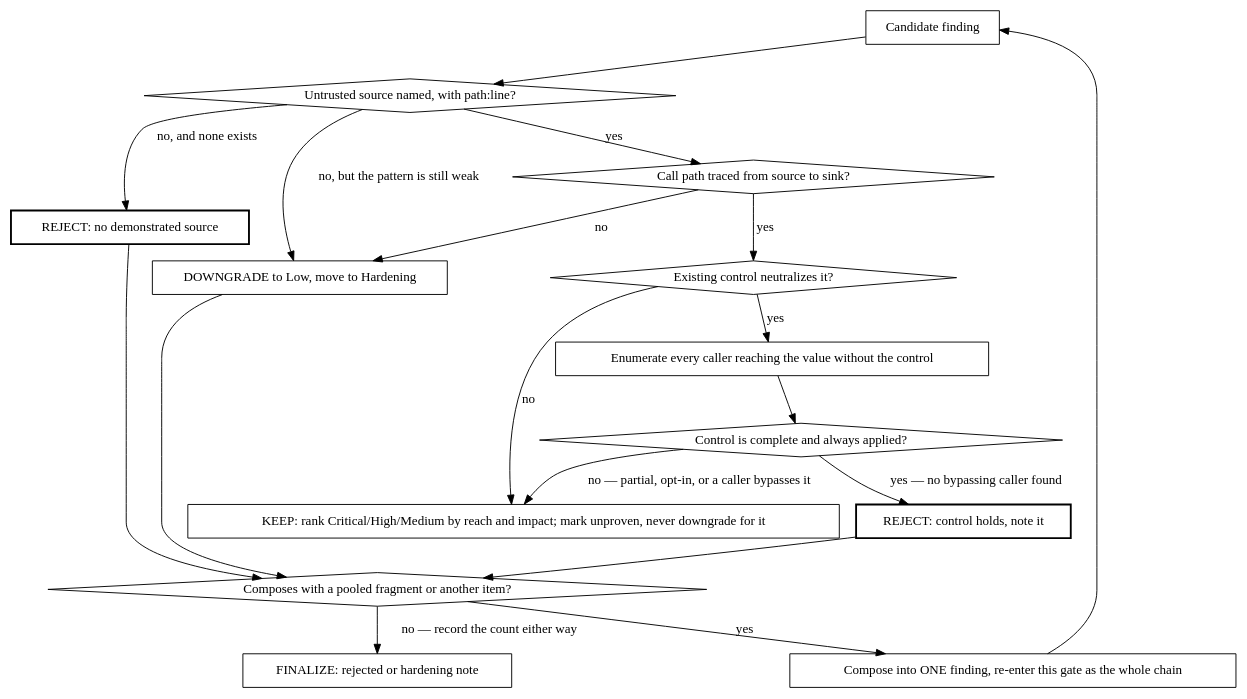
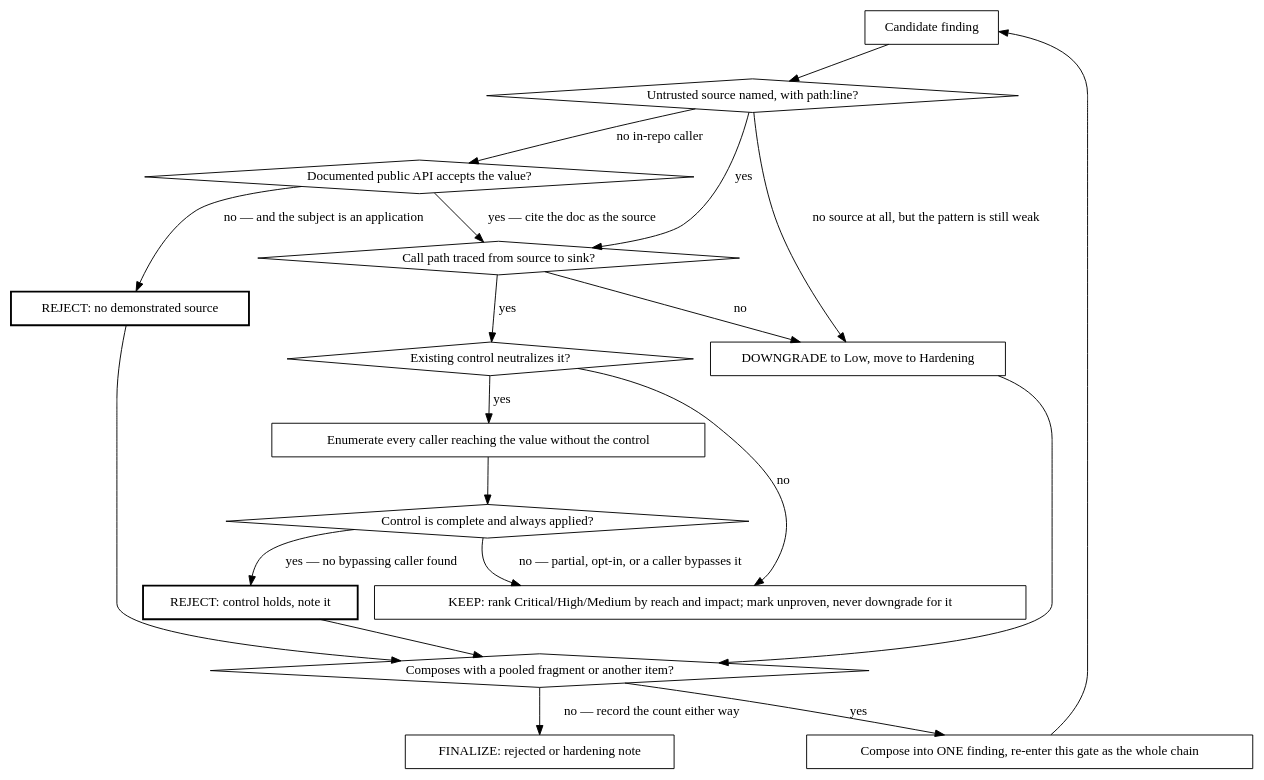
The third of 3 diagrams in kiro_and_antigravity/skills/.kiro/skills/agentic-owasp/SKILL.md (Ovid/paad), drawn with Graphviz before and after one commit. The commit also changed other lines of this file and 4 other files, not shown here.

````diff
--- a/kiro_and_antigravity/skills/.kiro/skills/agentic-owasp/SKILL.md
+++ b/kiro_and_antigravity/skills/.kiro/skills/agentic-owasp/SKILL.md
@@ -136,35 +159,38 @@
 ```dot
 digraph exploitability {
   "Candidate finding" [shape=box];
   "Untrusted source named, with path:line?" [shape=diamond];
   "Call path traced from source to sink?" [shape=diamond];
   "Existing control neutralizes it?" [shape=diamond];
   "Control is complete and always applied?" [shape=diamond];
+  "Documented public API accepts the value?" [shape=diamond];
   "REJECT: no demonstrated source" [shape=box, style=bold];
   "DOWNGRADE to Low, move to Hardening" [shape=box];
   "REJECT: control holds, note it" [shape=box, style=bold];
   "Enumerate every caller reaching the value without the control" [shape=box];
   "Composes with a pooled fragment or another item?" [shape=diamond];
   "Compose into ONE finding, re-enter this gate as the whole chain" [shape=box];
   "FINALIZE: rejected or hardening note" [shape=box];
   "KEEP: rank Critical/High/Medium by reach and impact; mark unproven, never downgrade for it" [shape=box];
 
   "Candidate finding" -> "Untrusted source named, with path:line?";
-  "Untrusted source named, with path:line?" -> "REJECT: no demonstrated source" [label="no, and none exists"];
-  "Untrusted source named, with path:line?" -> "DOWNGRADE to Low, move to Hardening" [label="no, but the pattern is still weak"];
+  "Untrusted source named, with path:line?" -> "Documented public API accepts the value?" [label="no in-repo caller"];
+  "Documented public API accepts the value?" -> "REJECT: no demonstrated source" [label="no — and the subject is an application"];
+  "Documented public API accepts the value?" -> "Call path traced from source to sink?" [label="yes — cite the doc as the source"];
+  "Untrusted source named, with path:line?" -> "DOWNGRADE to Low, move to Hardening" [label="no source at all, but the pattern is still weak"];
   "Untrusted source named, with path:line?" -> "Call path traced from source to sink?" [label="yes"];
   "Call path traced from source to sink?" -> "DOWNGRADE to Low, move to Hardening" [label="no"];
   "Call path traced from source to sink?" -> "Existing control neutralizes it?" [label="yes"];
   "Existing control neutralizes it?" -> "KEEP: rank Critical/High/Medium by reach and impact; mark unproven, never downgrade for it" [label="no"];
   "Existing control neutralizes it?" -> "Enumerate every caller reaching the value without the control" [label="yes"];
   "Enumerate every caller reaching the value without the control" -> "Control is complete and always applied?";
   "Control is complete and always applied?" -> "REJECT: control holds, note it" [label="yes — no bypassing caller found"];
   "REJECT: no demonstrated source" -> "Composes with a pooled fragment or another item?";
   "DOWNGRADE to Low, move to Hardening" -> "Composes with a pooled fragment or another item?";
   "REJECT: control holds, note it" -> "Composes with a pooled fragment or another item?";
   "Composes with a pooled fragment or another item?" -> "Compose into ONE finding, re-enter this gate as the whole chain" [label="yes"];
   "Composes with a pooled fragment or another item?" -> "FINALIZE: rejected or hardening note" [label="no — record the count either way"];
   "Compose into ONE finding, re-enter this gate as the whole chain" -> "Candidate finding";
   "Control is complete and always applied?" -> "KEEP: rank Critical/High/Medium by reach and impact; mark unproven, never downgrade for it" [label="no — partial, opt-in, or a caller bypasses it"];
 }
 ```
````
